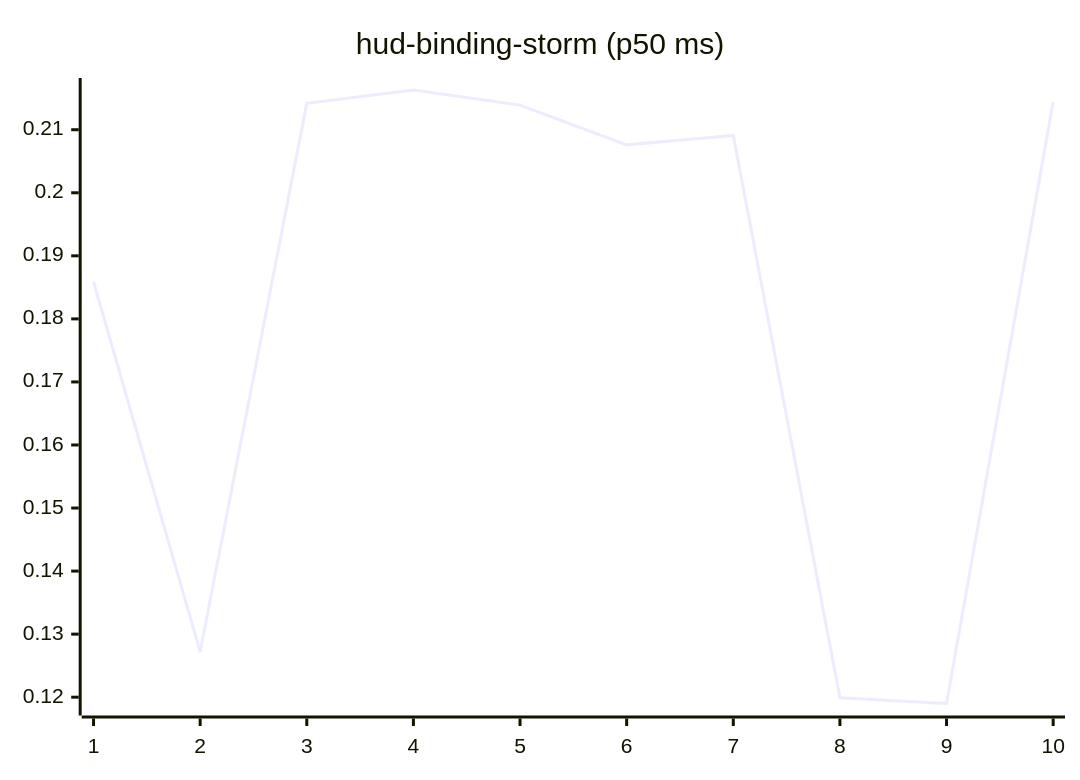
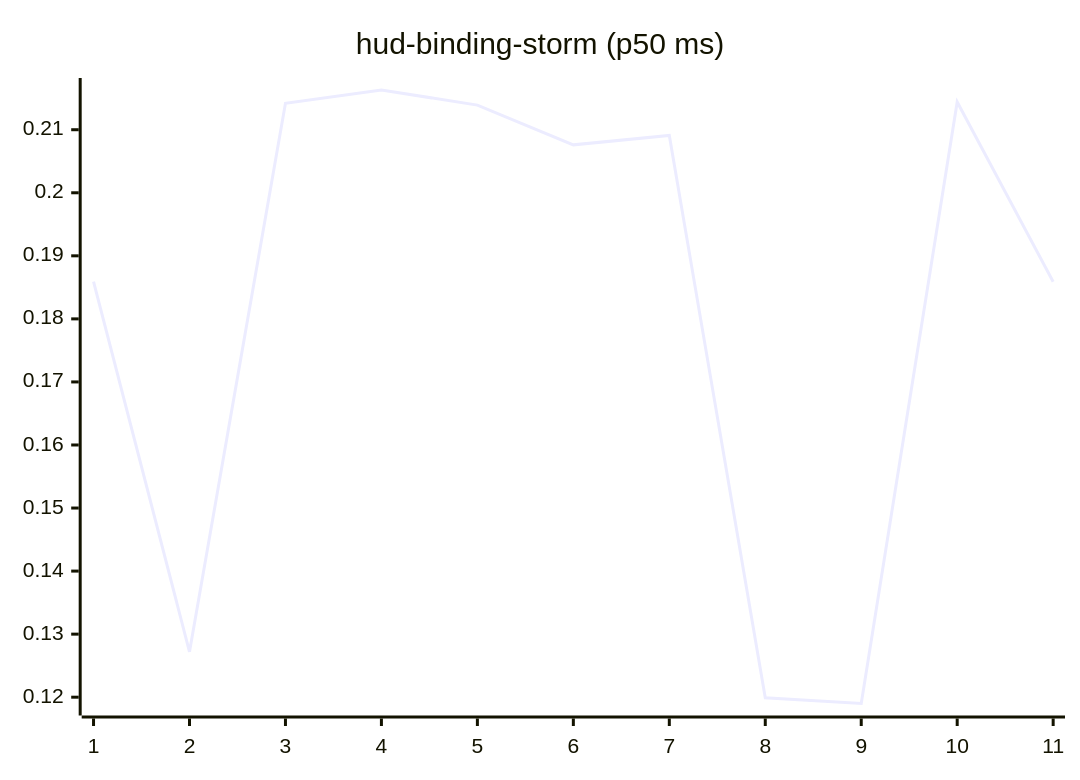
Before and after one commit to josha/Facet: the tenth of 27 diagrams in README.md, drawn with Mermaid. The commit also changed other lines of this file and 2 other files, not shown here.

````diff
--- a/README.md
+++ b/README.md
@@ -126,6 +126,6 @@
 ```mermaid
 xychart-beta
     title "hud-binding-storm (p50 ms)"
-    x-axis 1 --> 10
-    line [0.1859, 0.1272, 0.2142, 0.2163, 0.2139, 0.2076, 0.2091, 0.1199, 0.1190, 0.2144]
+    x-axis 1 --> 11
+    line [0.1859, 0.1272, 0.2142, 0.2163, 0.2139, 0.2076, 0.2091, 0.1199, 0.1190, 0.2144, 0.1859]
 ```
````
